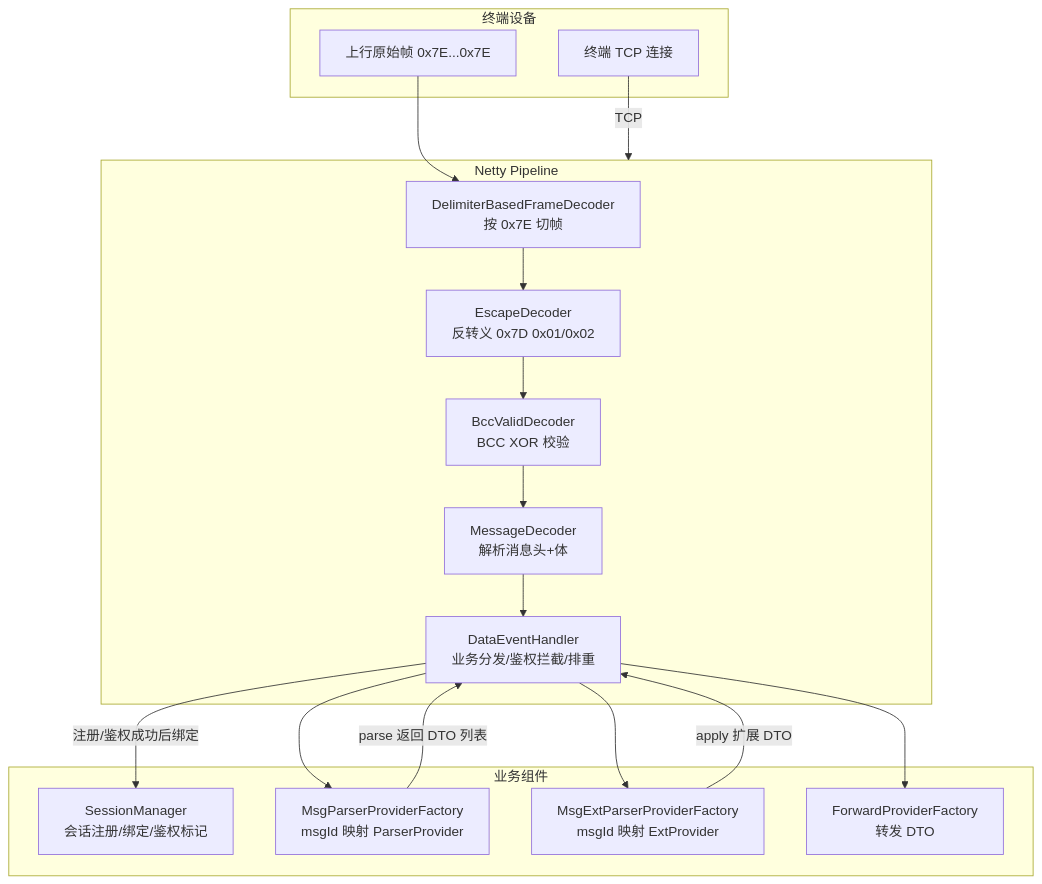
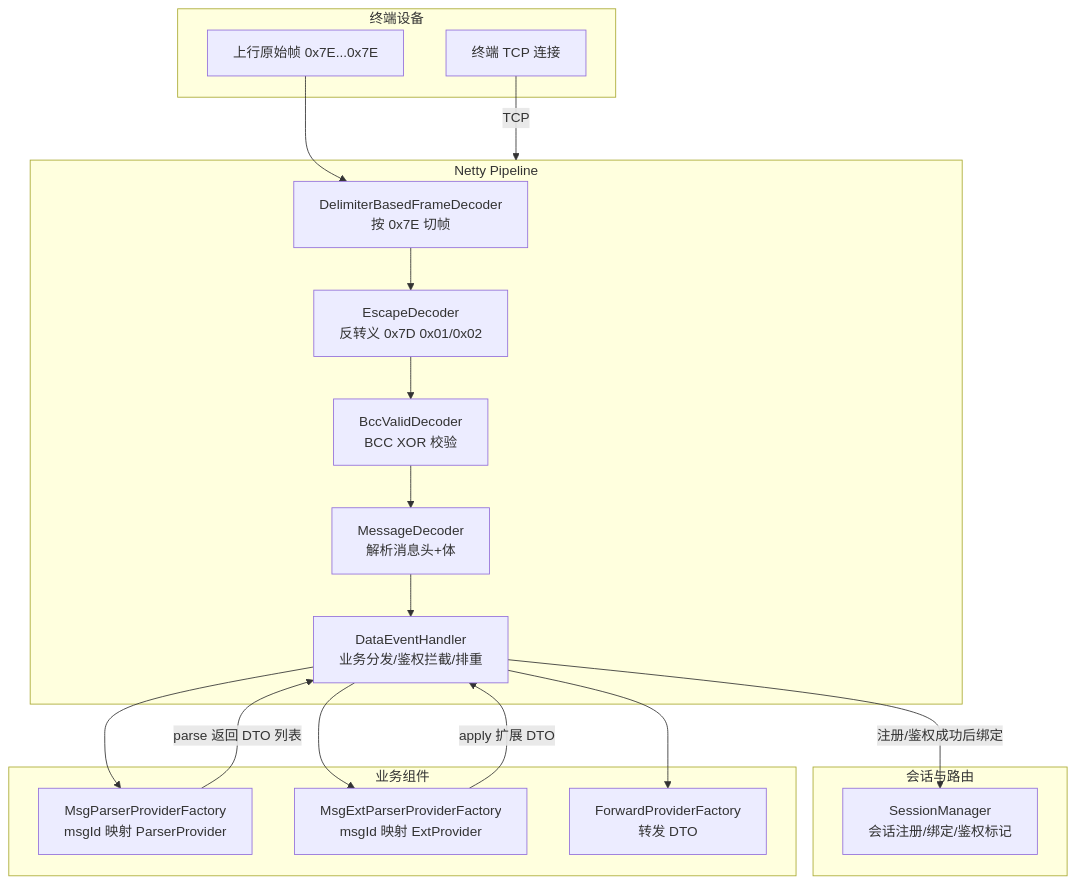
The first of 2 diagrams in README.md (sprite5/zt808), drawn with Mermaid before and after one commit. The commit also changed 10 other files, not shown here.

````diff
--- a/README.md
+++ b/README.md
@@ -110,34 +110,37 @@
  ```mermaid
  flowchart TB
  
    subgraph DEV[终端设备]
      DEV1["终端 TCP 连接"]
      DEV2["上行原始帧 0x7E...0x7E"]
    end
  
    subgraph NETTY[Netty Pipeline]
      A["DelimiterBasedFrameDecoder<br/>按 0x7E 切帧"]
      B["EscapeDecoder<br/>反转义 0x7D 0x01/0x02"]
      C["BccValidDecoder<br/>BCC XOR 校验"]
      D["MessageDecoder<br/>解析消息头+体"]
      E["DataEventHandler<br/>业务分发/鉴权拦截/排重"]
    end
+
+   subgraph SESSION[会话与路由]
+     SM["SessionManager<br/>会话注册/绑定/鉴权标记"]
+   end
  
    subgraph BIZ[业务组件]
-     SM["SessionManager<br/>会话注册/绑定/鉴权标记"]
      PF["MsgParserProviderFactory<br/>msgId 映射 ParserProvider"]
      EF["MsgExtParserProviderFactory<br/>msgId 映射 ExtProvider"]
      FW["ForwardProviderFactory<br/>转发 DTO"]
    end
  
    DEV1 -->|TCP| NETTY
    DEV2 --> A --> B --> C --> D --> E
  
    E --> PF
    PF -->|"parse 返回 DTO 列表"| E
    E --> EF
    EF -->|"apply 扩展 DTO"| E
    E --> FW
  
    E -->|"注册/鉴权成功后绑定"| SM
  ```
````
